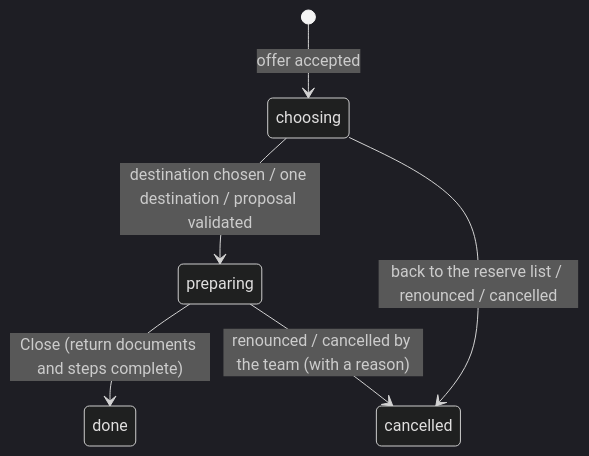
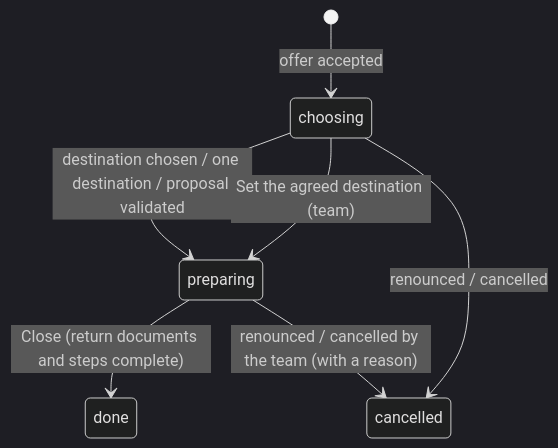
One commit to ElPuig/EMS changed diagram 11 of 11 in docs/en/developers/erasmus/erasmus.md. Above: the diagram before and after it, drawn with Mermaid (dark theme). The commit also changed other lines of this file and 24 other files, not shown here.

````diff
--- a/docs/en/developers/erasmus/erasmus.md
+++ b/docs/en/developers/erasmus/erasmus.md
@@ -572,8 +574,9 @@
 ```mermaid
 stateDiagram-v2
     [*] --> choosing: offer accepted
     choosing --> preparing: destination chosen / one destination / proposal validated
-    choosing --> cancelled: back to the reserve list / renounced / cancelled
+    choosing --> preparing: Set the agreed destination (team)
+    choosing --> cancelled: renounced / cancelled
     preparing --> done: Close (return documents and steps complete)
     preparing --> cancelled: renounced / cancelled by the team (with a reason)
 ```
````
